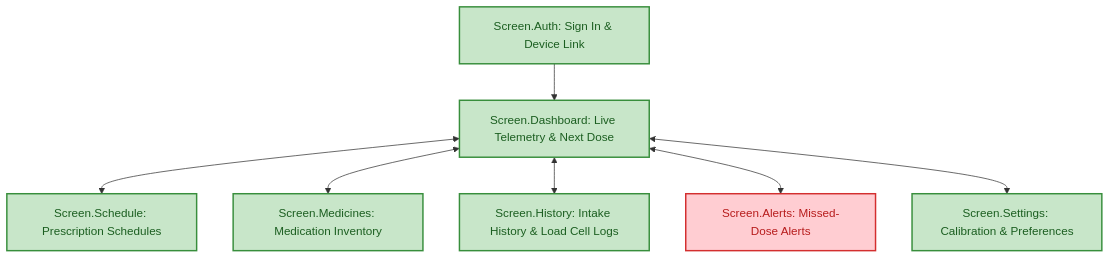
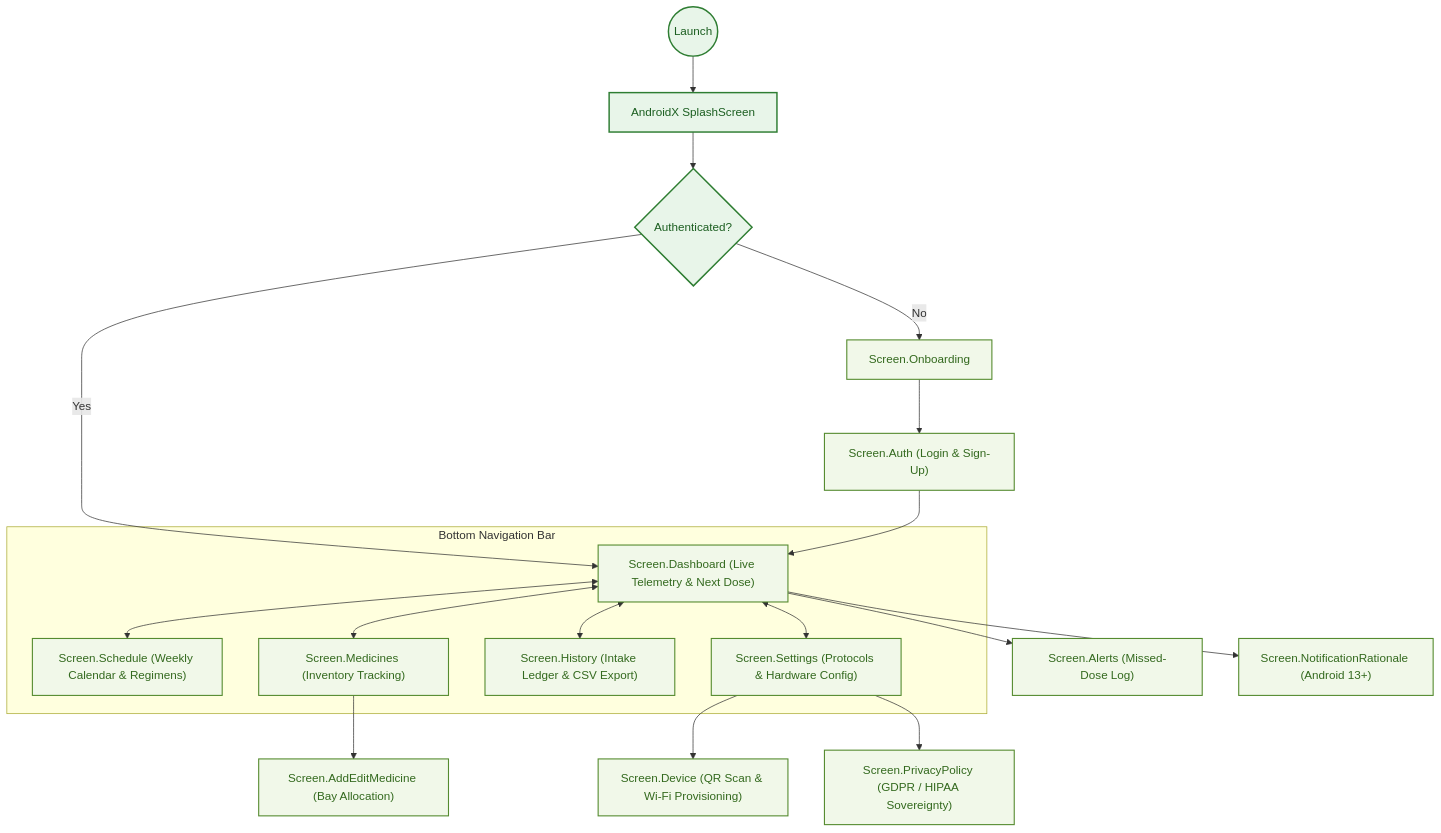
Before and after one commit to AdityaSurse/Smart-Medicine-Box-EIMS-Project-: the fourth of 5 diagrams in README.md, drawn with Mermaid. The commit also changed other lines of this file and 8 other files, not shown here.

````diff
--- a/README.md
+++ b/README.md
@@ -128,17 +138,28 @@
 ```mermaid
 flowchart TD
-    classDef device fill:#FFE0B2,stroke:#E65100,stroke-width:2px,color:#BF360C;
-    classDef cloud fill:#BBDEFB,stroke:#1976D2,stroke-width:2px,color:#0D47A1;
-    classDef app fill:#C8E6C9,stroke:#388E3C,stroke-width:2px,color:#1B5E20;
-    classDef alert fill:#FFCDD2,stroke:#D32F2F,stroke-width:2px,color:#B71C1C;
+    classDef nav fill:#E8F5E9,stroke:#2E7D32,stroke-width:2px,color:#1B5E20;
+    classDef screen fill:#F1F8E9,stroke:#558B2F,stroke-width:1.5px,color:#33691E;
 
-    AUTH["Screen.Auth: Sign In & Device Link"] --> DASH["Screen.Dashboard: Live Telemetry & Next Dose"]
-    DASH <--> SCHEDULE["Screen.Schedule: Prescription Schedules"]
-    DASH <--> MEDS["Screen.Medicines: Medication Inventory"]
-    DASH <--> HISTORY["Screen.History: Intake History & Load Cell Logs"]
-    DASH <--> ALERTS["Screen.Alerts: Missed-Dose Alerts"]
-    DASH <--> SETTINGS["Screen.Settings: Calibration & Preferences"]
+    START((Launch)) --> SPLASH["AndroidX SplashScreen"]
+    SPLASH --> AUTH_CHECK{"Authenticated?"}
+    AUTH_CHECK -- "No" --> ONBOARD["Screen.Onboarding"]
+    ONBOARD --> AUTH["Screen.Auth (Login & Sign-Up)"]
+    AUTH_CHECK -- "Yes" --> DASH["Screen.Dashboard (Live Telemetry & Next Dose)"]
+    AUTH --> DASH
 
-    class AUTH,DASH,SCHEDULE,MEDS,HISTORY,SETTINGS app;
-    class ALERTS alert;
+    subgraph NavigationBar ["Bottom Navigation Bar"]
+        DASH <--> SCHED["Screen.Schedule (Weekly Calendar & Regimens)"]
+        DASH <--> MEDS["Screen.Medicines (Inventory Tracking)"]
+        DASH <--> HIST["Screen.History (Intake Ledger & CSV Export)"]
+        DASH <--> SETT["Screen.Settings (Protocols & Hardware Config)"]
+    end
+
+    MEDS --> ADD_MED["Screen.AddEditMedicine (Bay Allocation)"]
+    DASH --> ALERTS["Screen.Alerts (Missed-Dose Log)"]
+    SETT --> DEVICE["Screen.Device (QR Scan & Wi-Fi Provisioning)"]
+    SETT --> PRIVACY["Screen.PrivacyPolicy (GDPR / HIPAA Sovereignty)"]
+    DASH --> NOTIF_RAT["Screen.NotificationRationale (Android 13+)"]
+
+    class START,SPLASH,AUTH_CHECK nav;
+    class ONBOARD,AUTH,DASH,SCHED,MEDS,HIST,SETT,ADD_MED,ALERTS,DEVICE,PRIVACY,NOTIF_RAT screen;
 ```
````
